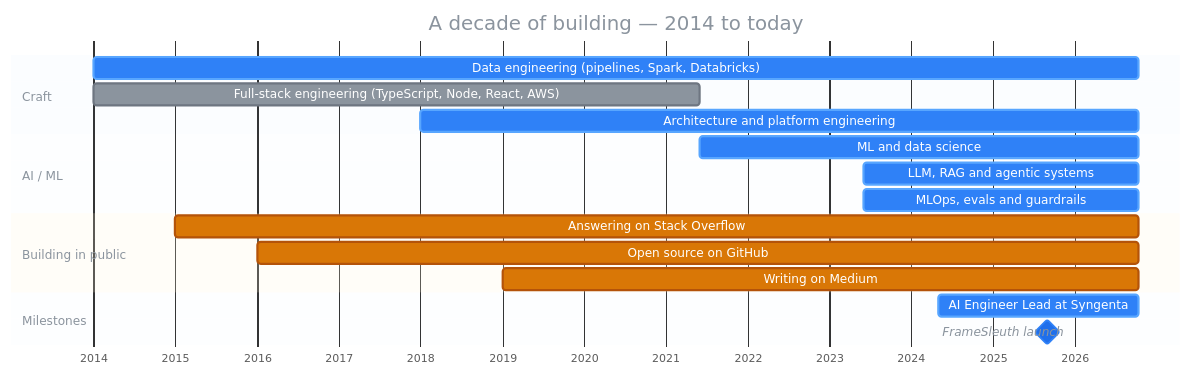
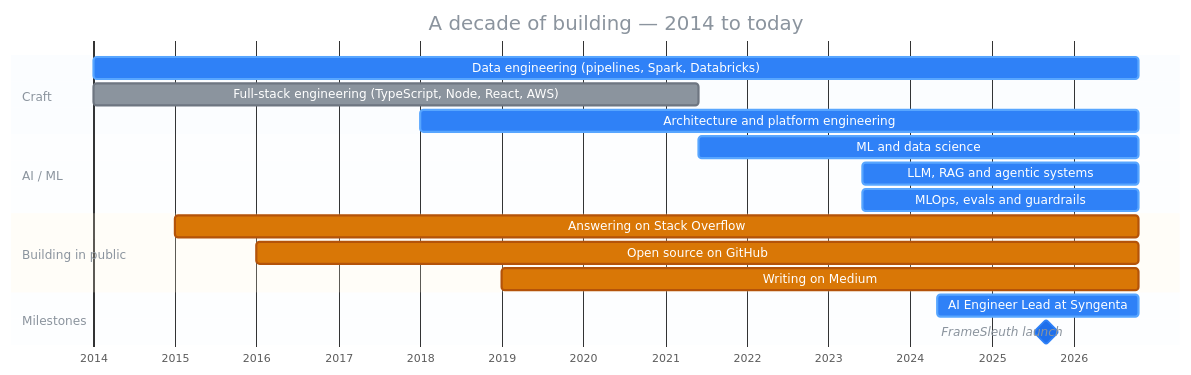
The first of 2 diagrams in README.md (santoshshinde2012/santoshshinde2012), drawn with Mermaid before and after one commit. The commit also changed other lines of this file, not shown here.

Commit message:
chore: refresh shipping summary

````diff
--- a/README.md
+++ b/README.md
@@ -130,27 +131,27 @@
 ```mermaid
 %%{init: {'theme':'base','themeVariables':{'fontFamily':'Fira Code, monospace','taskBkgColor':'#1F6FEB','taskBorderColor':'#2F81F7','activeTaskBkgColor':'#2F81F7','activeTaskBorderColor':'#58A6FF','doneTaskBkgColor':'#8B949E','doneTaskBorderColor':'#6E7681','critBkgColor':'#D97706','critBorderColor':'#B45309','critTextColor':'#ffffff','milestoneBkgColor':'#238636','milestoneBorderColor':'#2EA043','taskTextColor':'#ffffff','taskTextDarkColor':'#ffffff','taskTextLightColor':'#ffffff','taskTextOutsideColor':'#8B949E','gridColor':'#30363D','todayLineColor':'#F85149','titleColor':'#8B949E','sectionBkgColor':'#2F81F714','altSectionBkgColor':'#2F81F70A'}}}%%
 gantt
     title A decade of building — 2014 to today
     dateFormat YYYY-MM-DD
     axisFormat %Y
     tickInterval 1year
 
     section Craft
-    Data engineering (pipelines, Spark, Databricks)      :active, de,   2014-01-01, 2026-10-12
+    Data engineering (pipelines, Spark, Databricks)      :active, de,   2014-01-01, 2026-10-19
     Full-stack engineering (TypeScript, Node, React, AWS) :done,   fs,   2014-01-01, 2021-06-01
-    Architecture and platform engineering                :active, arch, 2018-01-01, 2026-10-12
+    Architecture and platform engineering                :active, arch, 2018-01-01, 2026-10-19
 
     section AI / ML
-    ML and data science                                  :active, ml,   2021-06-01, 2026-10-12
-    LLM, RAG and agentic systems                         :active, llm,  2023-06-01, 2026-10-12
-    MLOps, evals and guardrails                          :active, ops,  2023-06-01, 2026-10-12
+    ML and data science                                  :active, ml,   2021-06-01, 2026-10-19
+    LLM, RAG and agentic systems                         :active, llm,  2023-06-01, 2026-10-19
+    MLOps, evals and guardrails                          :active, ops,  2023-06-01, 2026-10-19
 
     section Building in public
-    Answering on Stack Overflow                          :crit, so,   2015-01-01, 2026-10-12
-    Open source on GitHub                                :crit, gh,   2016-01-01, 2026-10-12
-    Writing on Medium                                    :crit, med,  2019-01-01, 2026-10-12
+    Answering on Stack Overflow                          :crit, so,   2015-01-01, 2026-10-19
+    Open source on GitHub                                :crit, gh,   2016-01-01, 2026-10-19
+    Writing on Medium                                    :crit, med,  2019-01-01, 2026-10-19
 
     section Milestones
-    AI Engineer Lead at Syngenta                         :active,    syn, 2024-05-01, 2026-10-12
+    AI Engineer Lead at Syngenta                         :active,    syn, 2024-05-01, 2026-10-19
     FrameSleuth launch                                   :milestone, fsl, 2025-09-01, 0d
 ```
````
